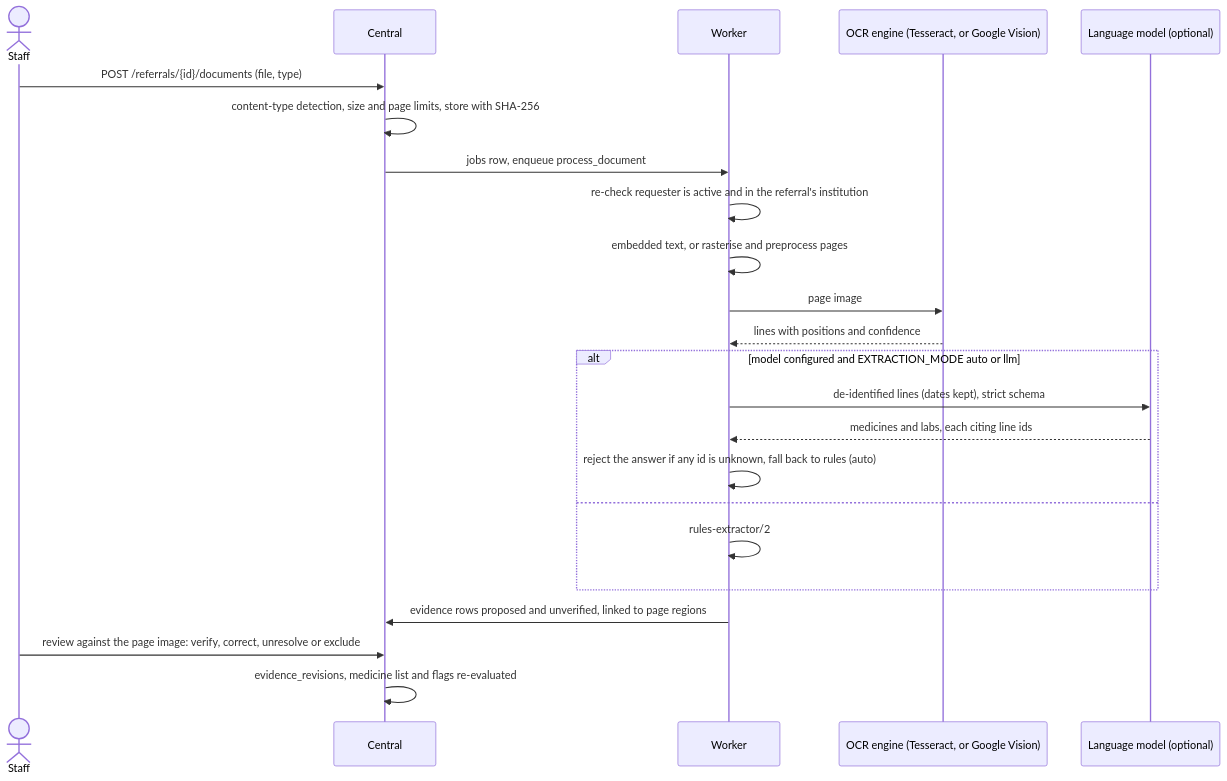
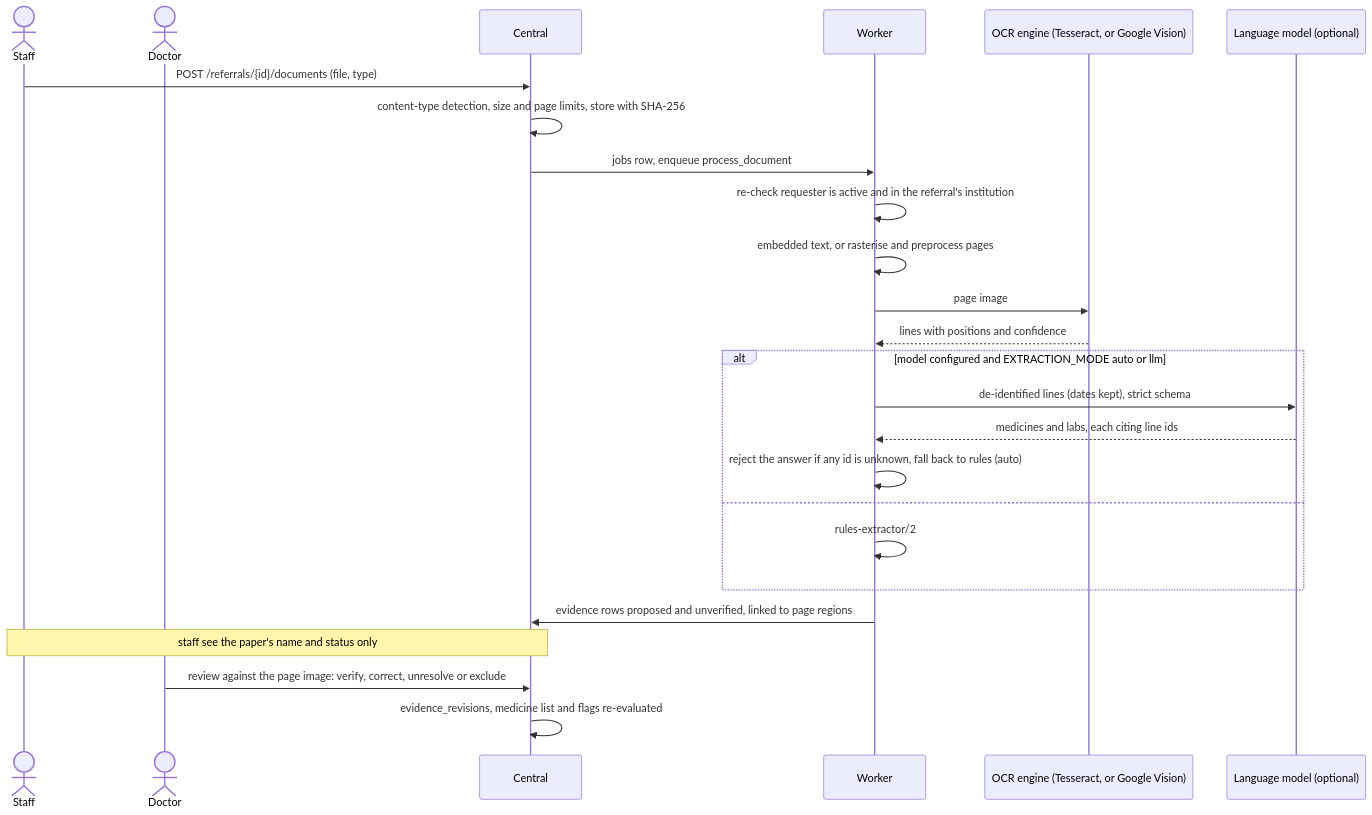
One commit to B-satool/FYP-Federated-Referral-System changed the fifth of 11 diagrams in docs/sds/sections/07-workflows.md. Above: the diagram before and after it, drawn with Mermaid. The commit also changed other lines of this file and 73 other files, not shown here.

First line of the commit message:
Doctor-only clinical content, packet review, consultation notes, label quotes

````diff
--- a/docs/sds/sections/07-workflows.md
+++ b/docs/sds/sections/07-workflows.md
@@ -105,25 +105,27 @@
 ```mermaid
 sequenceDiagram
     actor S as Staff
+    actor D as Doctor
     participant C as Central
     participant Wk as Worker
     participant V as OCR engine (Tesseract, or Google Vision)
     participant M as Language model (optional)
     S->>C: POST /referrals/{id}/documents (file, type)
     C->>C: content-type detection, size and page limits, store with SHA-256
     C->>Wk: jobs row, enqueue process_document
     Wk->>Wk: re-check requester is active and in the referral's institution
     Wk->>Wk: embedded text, or rasterise and preprocess pages
     Wk->>V: page image
     V-->>Wk: lines with positions and confidence
     alt model configured and EXTRACTION_MODE auto or llm
         Wk->>M: de-identified lines (dates kept), strict schema
         M-->>Wk: medicines and labs, each citing line ids
         Wk->>Wk: reject the answer if any id is unknown, fall back to rules (auto)
     else
         Wk->>Wk: rules-extractor/2
     end
     Wk->>C: evidence rows proposed and unverified, linked to page regions
-    S->>C: review against the page image: verify, correct, unresolve or exclude
+    Note over S,C: staff see the paper's name and status only
+    D->>C: review against the page image: verify, correct, unresolve or exclude
     C->>C: evidence_revisions, medicine list and flags re-evaluated
 ```
````
